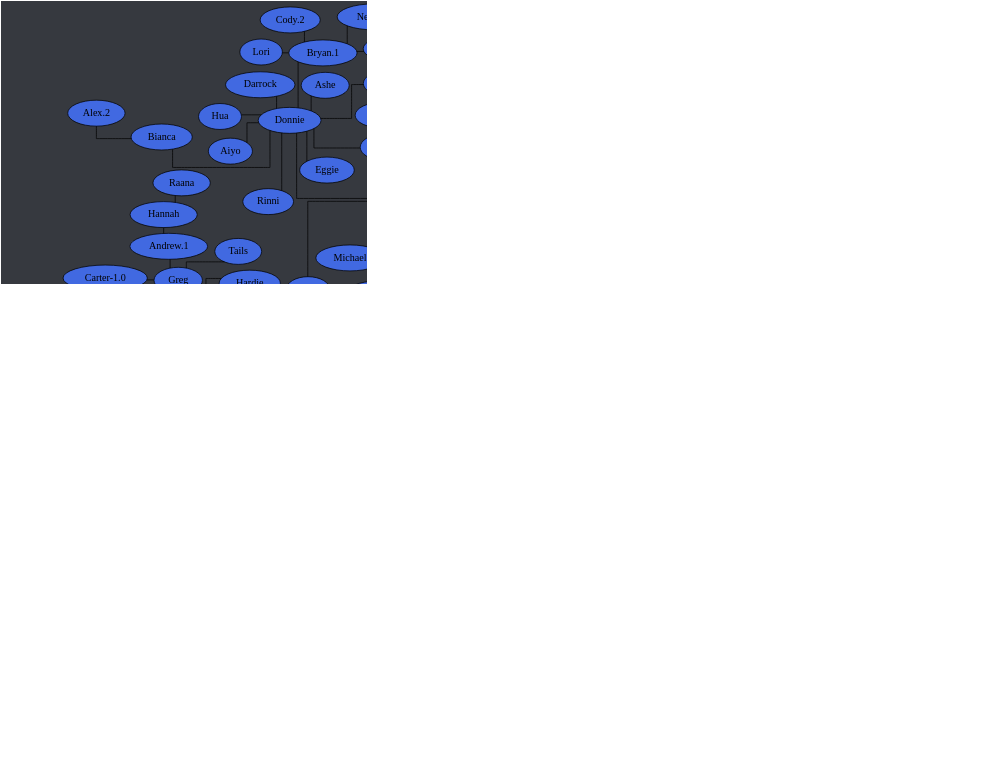
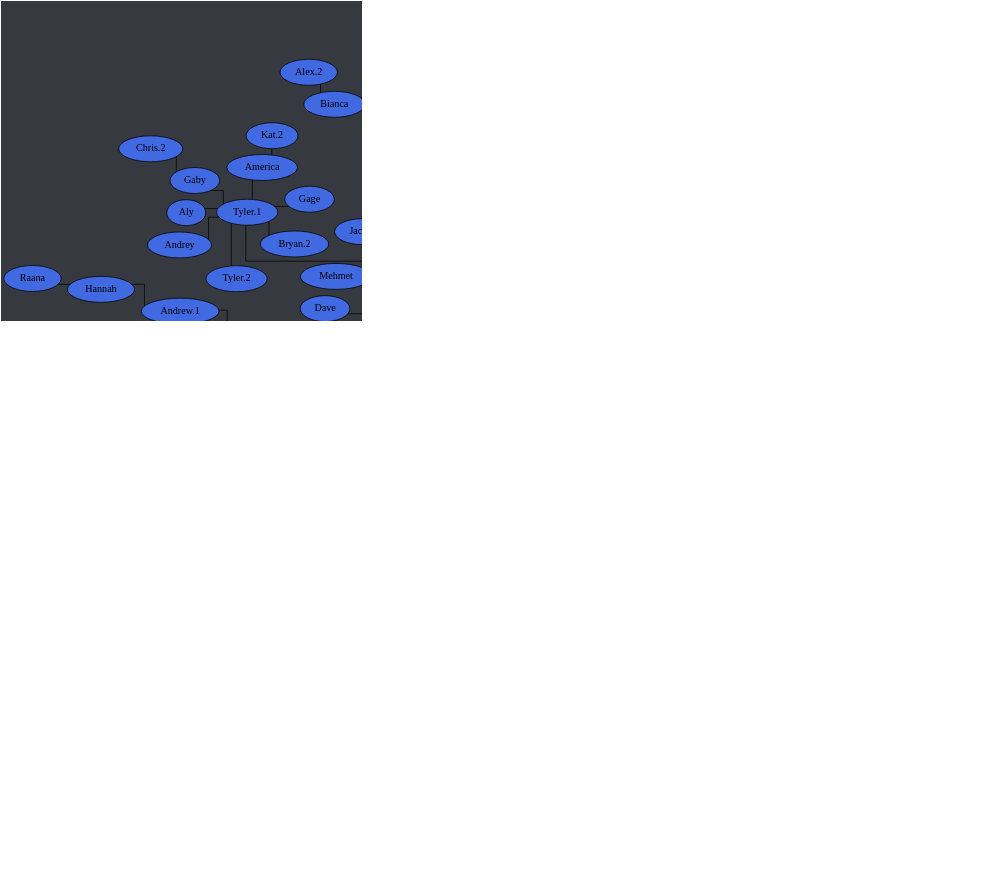
Before and after one commit to Documidas/CoronaCatzFamilyTree: the diagram in tree.dot, drawn with Graphviz. The commit also changed 1 other file, not shown here.

```diff
--- a/tree.dot
+++ b/tree.dot
@@ -72,6 +72,7 @@
 		Donnie -- "Bryan.1";
 		Donnie -- Darrock;
 		Donnie -- Eggie;
+		Donnie -- Hia;
 		Donnie -- Hua;
 		Donnie -- Mimi;
 		Donnie -- Rinni;
```
